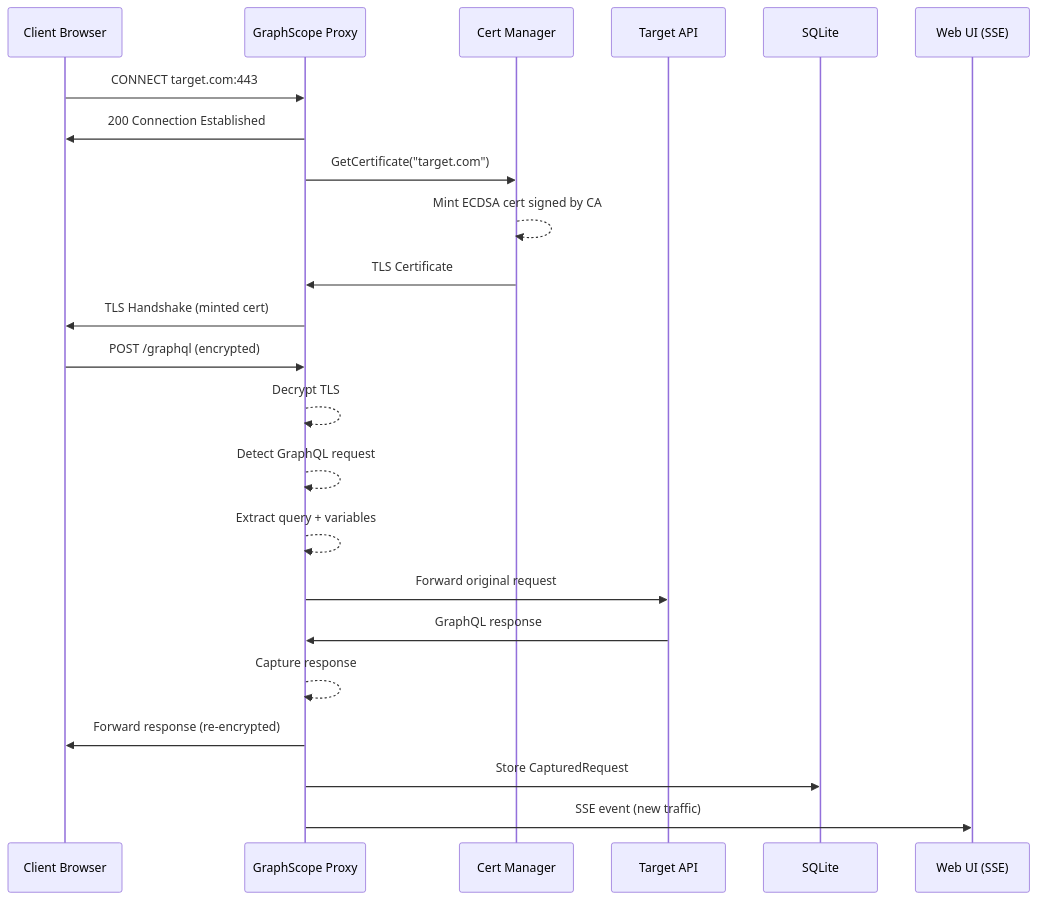
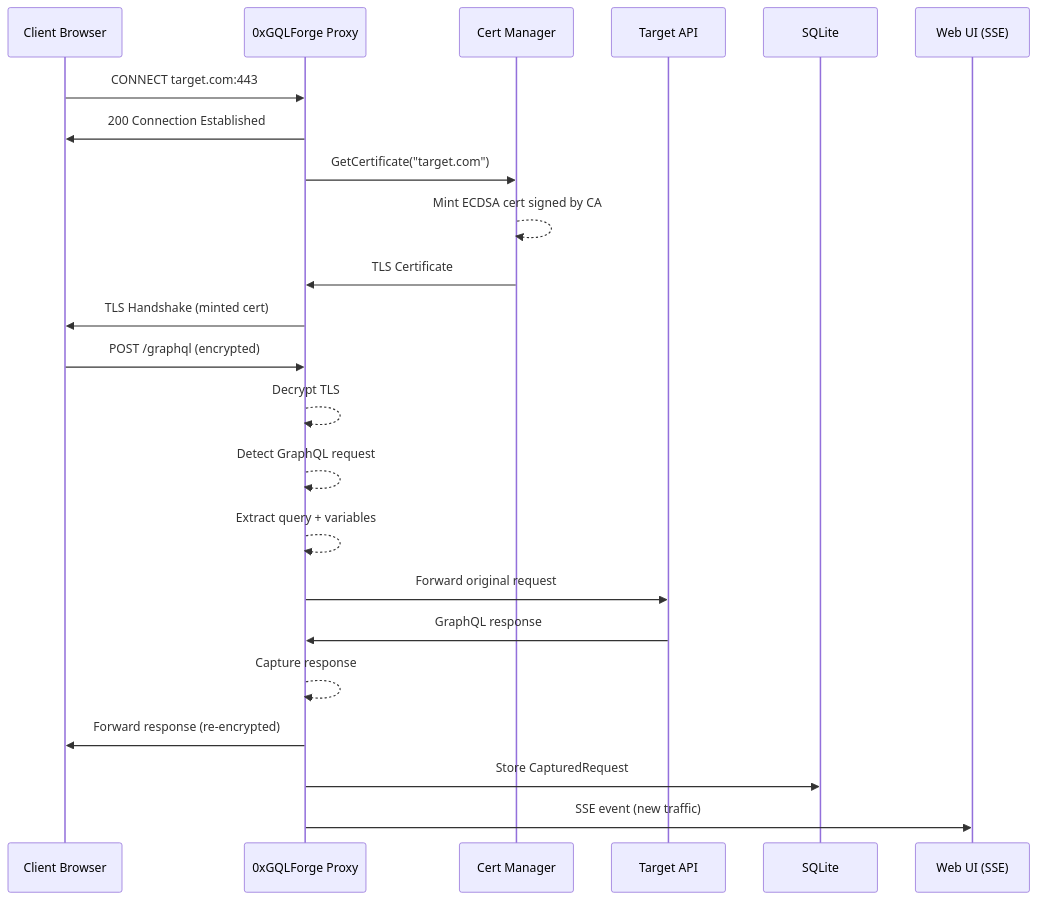
Before and after one commit to 0xDTC/0xGQLForge: the fourth of 6 diagrams in README.md, drawn with Mermaid. The commit also changed other lines of this file and 32 other files, not shown here.

````diff
--- a/README.md
+++ b/README.md
@@ -239,28 +239,28 @@
 ```mermaid
 sequenceDiagram
     participant C as Client Browser
-    participant P as GraphScope Proxy
+    participant P as 0xGQLForge Proxy
     participant CA as Cert Manager
     participant T as Target API
     participant DB as SQLite
     participant UI as Web UI (SSE)
 
     C->>P: CONNECT target.com:443
     P->>C: 200 Connection Established
     P->>CA: GetCertificate("target.com")
     CA-->>CA: Mint ECDSA cert signed by CA
     CA->>P: TLS Certificate
     P->>C: TLS Handshake (minted cert)
 
     C->>P: POST /graphql (encrypted)
     P-->>P: Decrypt TLS
     P-->>P: Detect GraphQL request
     P-->>P: Extract query + variables
     P->>T: Forward original request
     T->>P: GraphQL response
     P-->>P: Capture response
     P->>C: Forward response (re-encrypted)
 
     P->>DB: Store CapturedRequest
     P->>UI: SSE event (new traffic)
 ```
````
